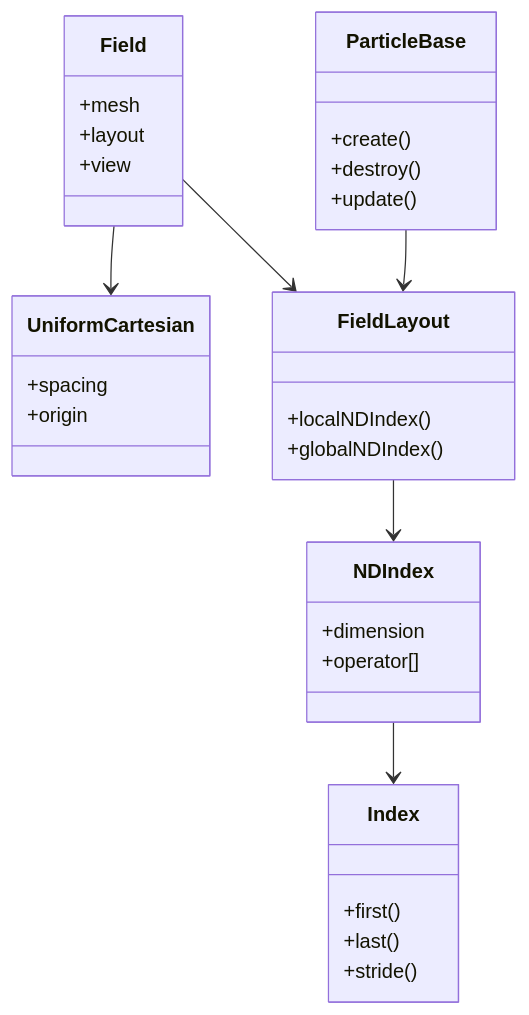
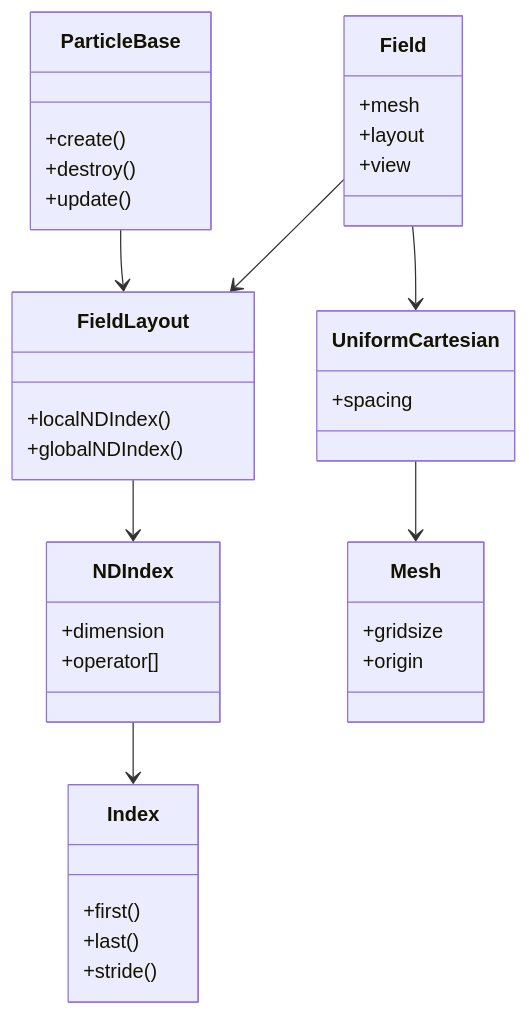
The first of 2 diagrams in sections/core-concepts/index.qmd (IPPL-framework/Manual), drawn with Mermaid before and after one commit. The commit also changed other lines of this file, not shown here.

Commit message:
add mesh in core-concepts

````diff
--- a/sections/core-concepts/index.qmd
+++ b/sections/core-concepts/index.qmd
@@ -7,36 +7,40 @@
 ```{mermaid}
 classDiagram
   class Index {
     +first()
     +last()
     +stride()
   }
   class NDIndex {
     +dimension
     +operator[]
   }
   class UniformCartesian {
     +spacing
+  }
+  class Mesh {
+    +gridsize
     +origin
   }
   class FieldLayout {
     +localNDIndex()
     +globalNDIndex()
   }
   class Field {
     +mesh
     +layout
     +view
   }
   class ParticleBase {
     +create()
     +destroy()
     +update()
   }
 
   NDIndex --> Index
   FieldLayout --> NDIndex
   Field --> FieldLayout
   Field --> UniformCartesian
+  UniformCartesian --> Mesh
   ParticleBase --> FieldLayout
 ```
````
